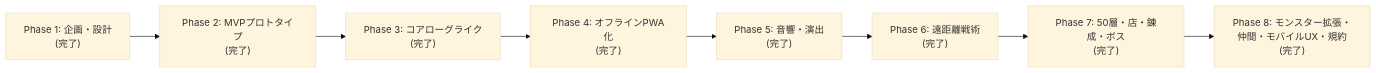
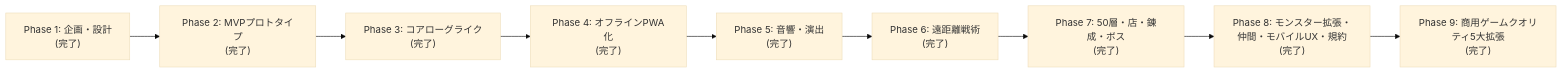
The diagram in docs/03_roadmap.md (Katsu2013/antigravity-game-01), drawn with Mermaid (base theme) before and after one commit. The commit also changed other lines of this file and 14 other files, not shown here.

````diff
--- a/docs/03_roadmap.md
+++ b/docs/03_roadmap.md
@@ -9,10 +9,11 @@
 ```mermaid
 flowchart LR
     Phase1["Phase 1: 企画・設計<br>(完了)"] --> Phase2["Phase 2: MVPプロトタイプ<br>(完了)"]
     Phase2 --> Phase3["Phase 3: コアローグライク<br>(完了)"]
     Phase3 --> Phase4["Phase 4: オフラインPWA化<br>(完了)"]
     Phase4 --> Phase5["Phase 5: 音響・演出<br>(完了)"]
     Phase5 --> Phase6["Phase 6: 遠距離戦術<br>(完了)"]
     Phase6 --> Phase7["Phase 7: 50層・店・錬成・ボス<br>(完了)"]
     Phase7 --> Phase8["Phase 8: モンスター拡張・仲間・モバイルUX・規約<br>(完了)"]
+    Phase8 --> Phase9["Phase 9: 商用ゲームクオリティ5大拡張<br>(完了)"]
 ```
````
